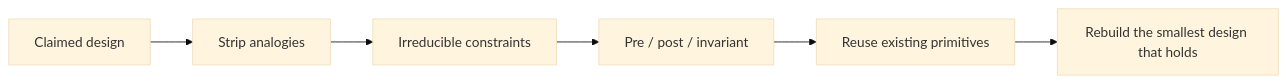
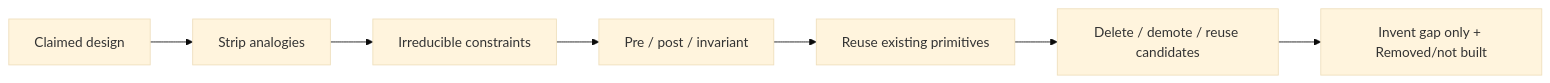
One commit to tony-sappe/marvin changed the fourth of 12 diagrams in thinking-tools.md. Above: the diagram before and after it, drawn with Mermaid (base theme). The commit also changed other lines of this file and 12 other files, not shown here.

````diff
--- a/thinking-tools.md
+++ b/thinking-tools.md
@@ -170,8 +174,9 @@
 ```mermaid
 flowchart LR
   Claim["Claimed design"] --> Strip["Strip analogies"]
   Strip --> Ax["Irreducible constraints"]
   Ax --> Contracts["Pre / post / invariant"]
   Contracts --> Reuse["Reuse existing primitives"]
-  Reuse --> Rebuild["Rebuild the smallest design that holds"]
+  Reuse --> Delete["Delete / demote / reuse candidates"]
+  Delete --> Rebuild["Invent gap only + Removed/not built"]
 ```
````
